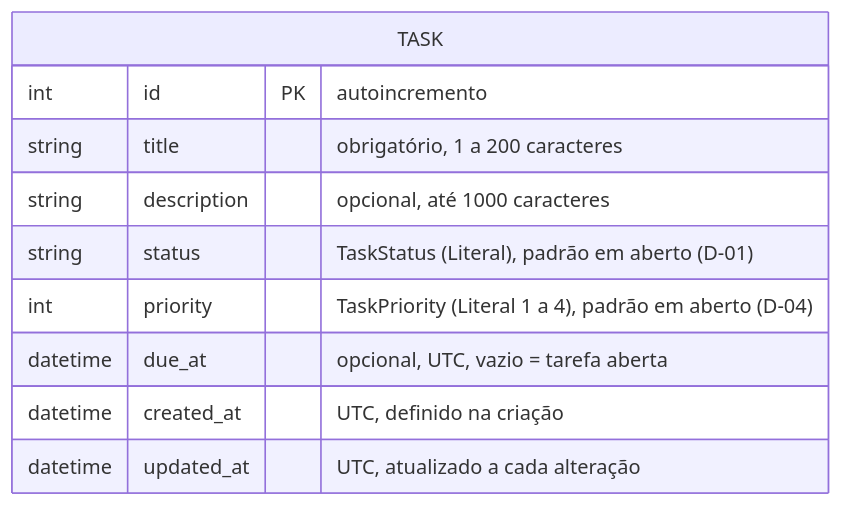
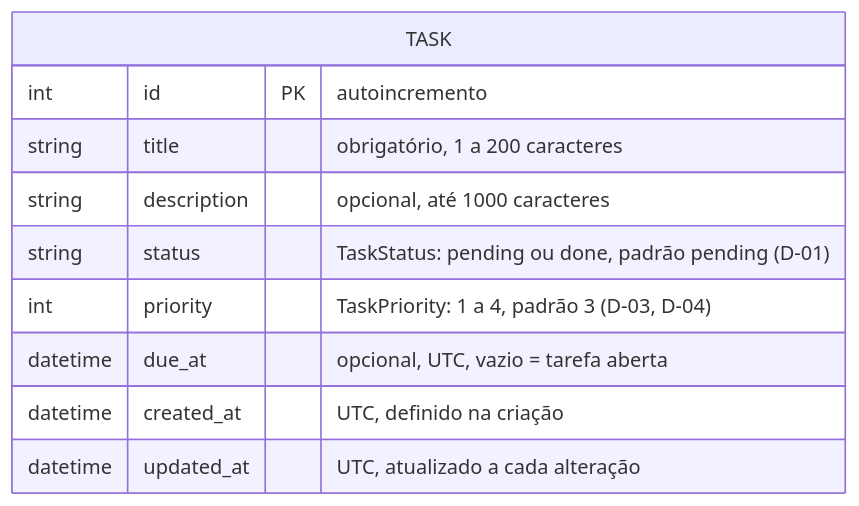
One commit to luisZsiqueira/laboratorio-projeto changed the fifth of 6 diagrams in docs/arquitetura.md. Above: the diagram before and after it, drawn with Mermaid. The commit also changed other lines of this file and 11 other files, not shown here.

````diff
--- a/docs/arquitetura.md
+++ b/docs/arquitetura.md
@@ -200,13 +211,13 @@
 ```mermaid
 erDiagram
     TASK {
         int id PK "autoincremento"
         string title "obrigatório, 1 a 200 caracteres"
         string description "opcional, até 1000 caracteres"
-        string status "TaskStatus (Literal), padrão em aberto (D-01)"
-        int priority "TaskPriority (Literal 1 a 4), padrão em aberto (D-04)"
+        string status "TaskStatus: pending ou done, padrão pending (D-01)"
+        int priority "TaskPriority: 1 a 4, padrão 3 (D-03, D-04)"
         datetime due_at "opcional, UTC, vazio = tarefa aberta"
         datetime created_at "UTC, definido na criação"
         datetime updated_at "UTC, atualizado a cada alteração"
     }
 ```
````
